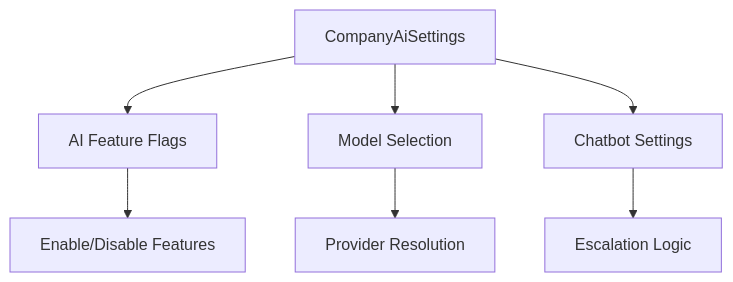
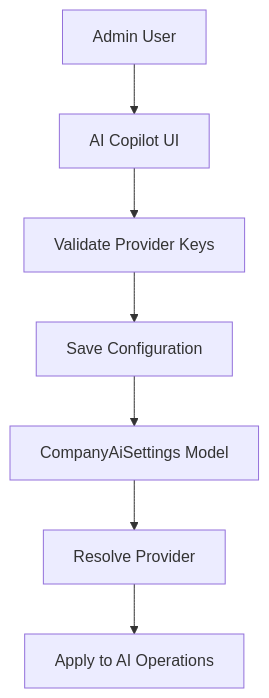
One commit to younesgamer68/helpdesk-system changed the sixth of 12 diagrams in .qoder/repowiki/en/content/AI Integration/AI Integration.md. Above: the diagram before and after it, drawn with Mermaid. The commit also changed other lines of this file and 12 other files, not shown here.

````diff
--- a/.qoder/repowiki/en/content/AI Integration/AI Integration.md
+++ b/.qoder/repowiki/en/content/AI Integration/AI Integration.md
@@ -240,9 +300,9 @@
 ```mermaid
 flowchart TD
-Settings["CompanyAiSettings"] --> Features["AI Feature Flags"]
-Settings --> Model["Model Selection"]
-Settings --> Chatbot["Chatbot Settings"]
-Features --> Toggle["Enable/Disable Features"]
-Model --> Provider["Provider Resolution"]
-Chatbot --> Escalation["Escalation Logic"]
+Admin["Admin User"] --> UI["AI Copilot UI"]
+UI --> Validate["Validate Provider Keys"]
+Validate --> Save["Save Configuration"]
+Save --> Settings["CompanyAiSettings Model"]
+Settings --> Resolve["Resolve Provider"]
+Resolve --> Apply["Apply to AI Operations"]
 ```
````
